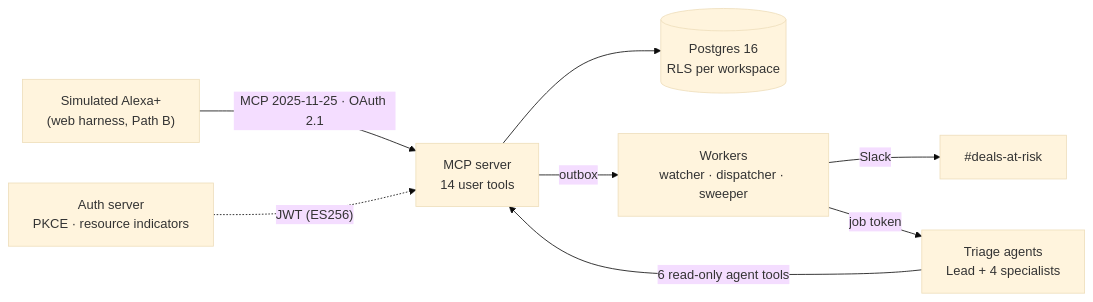
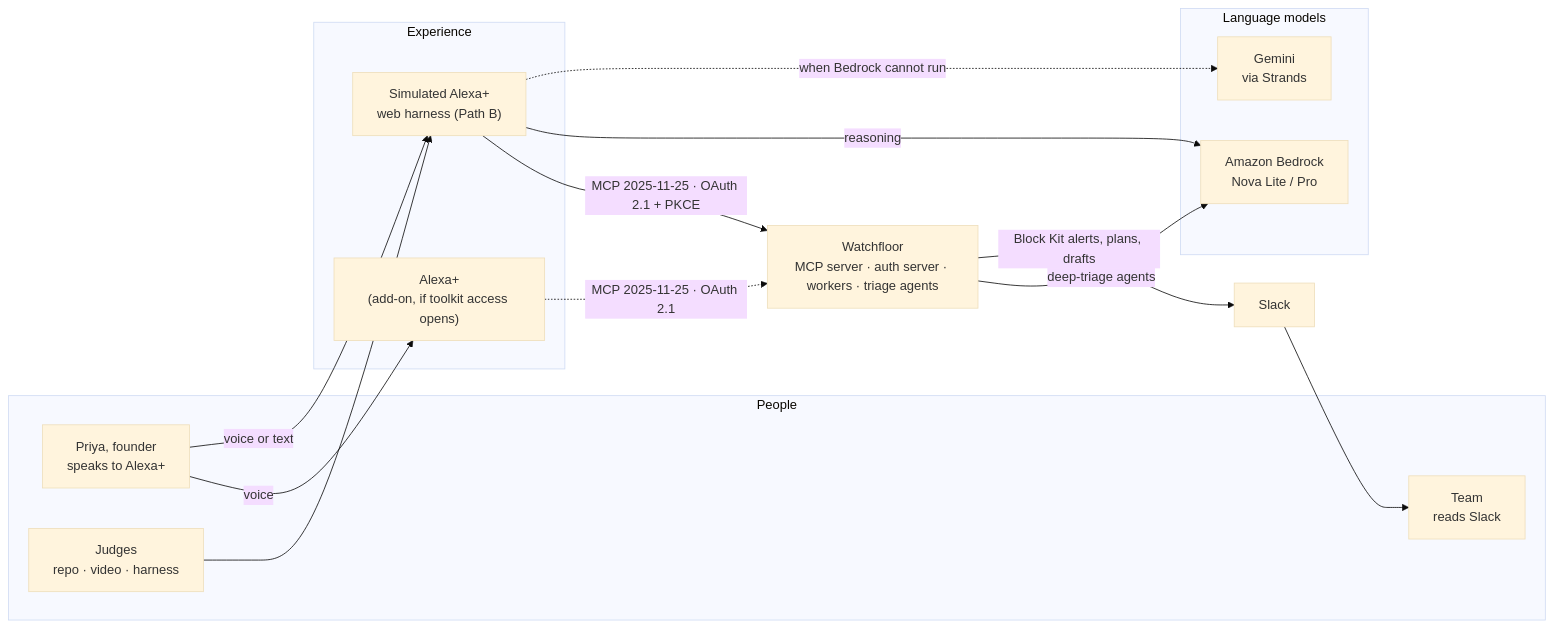
One commit to BugHunterX2101/watchfloor changed the first of 21 diagrams in README.md. Above: the diagram before and after it, drawn with Mermaid (base theme). The commit also changed other lines of this file and 2 other files, not shown here.

First line of the commit message:
README: architecture diagrams, repository map, decisions; deploy runbook moved to docs [skip ci]

````diff
--- a/README.md
+++ b/README.md
@@ -49,10 +140,29 @@
 ```mermaid
 flowchart LR
-  A["Simulated Alexa+<br/>(web harness, Path B)"] -->|"MCP 2025-11-25 · OAuth 2.1"| M["MCP server<br/>14 user tools"]
-  M --> P[("Postgres 16<br/>RLS per workspace")]
-  M -->|"outbox"| W["Workers<br/>watcher · dispatcher · sweeper"]
-  W -->|"Slack"| S["#deals-at-risk"]
-  W -->|"job token"| G["Triage agents<br/>Lead + 4 specialists"]
-  G -->|"6 read-only agent tools"| M
-  AS["Auth server<br/>PKCE · resource indicators"] -.->|"JWT (ES256)"| M
+  subgraph People
+    PR["Priya, founder<br/>speaks to Alexa+"]
+    TM["Team<br/>reads Slack"]
+    JU["Judges<br/>repo · video · harness"]
+  end
+  subgraph Client["Experience"]
+    AX["Alexa+<br/>(add-on, if toolkit access opens)"]
+    HS["Simulated Alexa+<br/>web harness (Path B)"]
+  end
+  WF["Watchfloor<br/>MCP server · auth server · workers · triage agents"]
+  subgraph Models["Language models"]
+    BR["Amazon Bedrock<br/>Nova Lite / Pro"]
+    GM["Gemini<br/>via Strands"]
+  end
+  SL["Slack"]
+
+  PR -- "voice" --> AX
+  PR -- "voice or text" --> HS
+  JU --> HS
+  AX -. "MCP 2025-11-25 · OAuth 2.1" .-> WF
+  HS -- "MCP 2025-11-25 · OAuth 2.1 + PKCE" --> WF
+  HS -- "reasoning" --> BR
+  HS -. "when Bedrock cannot run" .-> GM
+  WF -- "deep-triage agents" --> BR
+  WF -- "Block Kit alerts, plans, drafts" --> SL
+  SL --> TM
 ```
````
